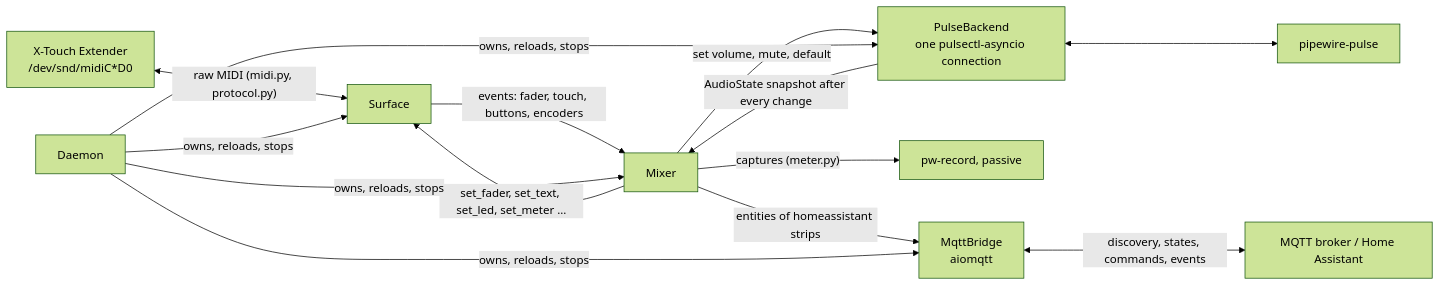
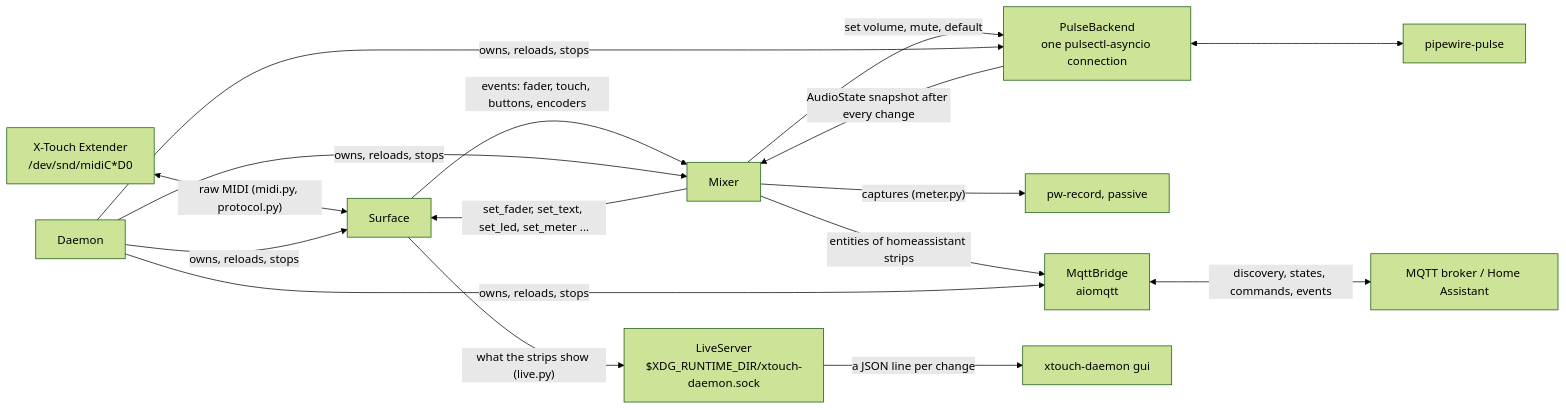
One commit to markusressel/xtouch-daemon changed the diagram in docs/architecture.md. Above: the diagram before and after it, drawn with Mermaid (forest theme). The commit also changed other lines of this file and 10 other files, not shown here.

First line of the commit message:
Live view: the daemon serves what the device shows over a Unix socket

````diff
--- a/docs/architecture.md
+++ b/docs/architecture.md
@@ -3,13 +3,15 @@
 ```mermaid
 graph LR
     Device[X-Touch Extender<br/>/dev/snd/midiC*D0] <-- "raw MIDI (midi.py, protocol.py)" --> Surface
     Surface -- "events: fader, touch, buttons, encoders" --> Mixer
     Mixer -- "set_fader, set_text, set_led, set_meter ..." --> Surface
     Backend[PulseBackend<br/>one pulsectl-asyncio connection] -- "AudioState snapshot after every change" --> Mixer
     Mixer -- "set volume, mute, default" --> Backend
     Backend <--> Sound[pipewire-pulse]
     Mixer -- "captures (meter.py)" --> PwRecord[pw-record, passive]
     Mixer -- "entities of homeassistant strips" --> Bridge[MqttBridge<br/>aiomqtt]
     Bridge <-- "discovery, states, commands, events" --> Broker[MQTT broker / Home Assistant]
     Daemon -- "owns, reloads, stops" --> Surface & Backend & Mixer & Bridge
+    Surface -- "what the strips show (live.py)" --> Live[LiveServer<br/>$XDG_RUNTIME_DIR/xtouch-daemon.sock]
+    Live -- "a JSON line per change" --> GUI[xtouch-daemon gui]
 ```
````
